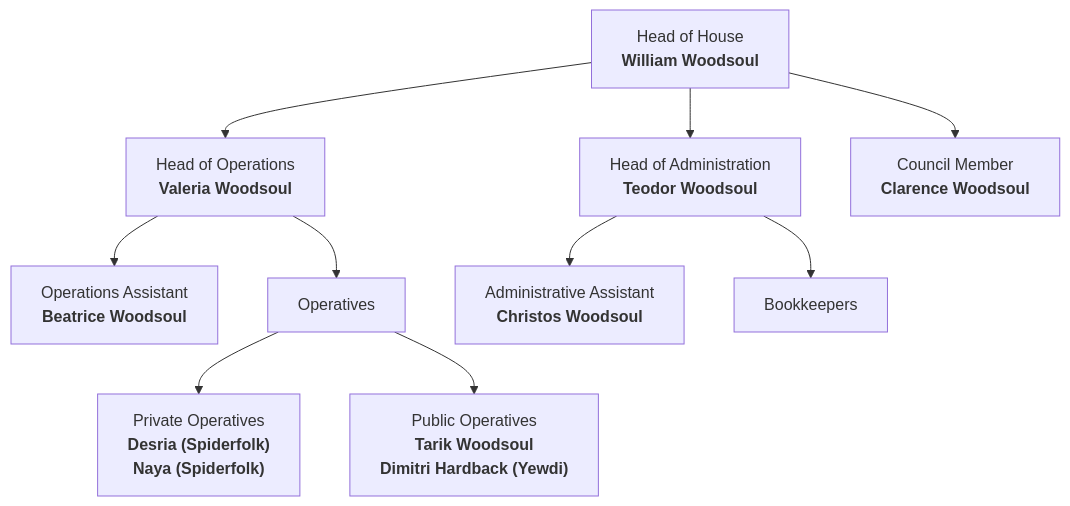
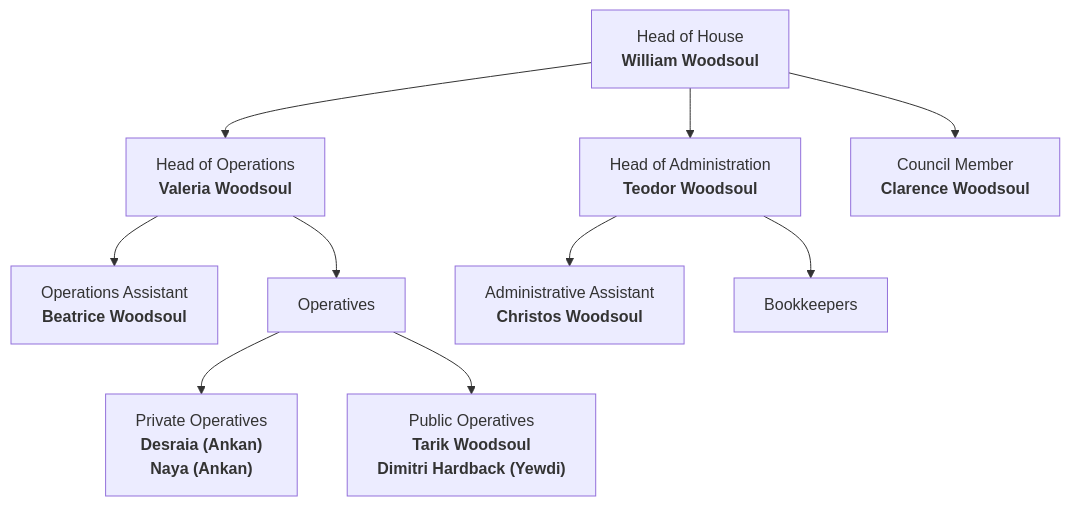
The diagram in content/L'vad/Attovia/Countries/Kingdom of Helva/Government/The House of Affairs.md (micoxion/AttoviaWiki), drawn with Mermaid before and after one commit. The commit also changed other lines of this file and 92 other files, not shown here.

````diff
--- a/content/L'vad/Attovia/Countries/Kingdom of Helva/Government/The House of Affairs.md
+++ b/content/L'vad/Attovia/Countries/Kingdom of Helva/Government/The House of Affairs.md
@@ -8,12 +9,12 @@
 ```mermaid
 graph TD;
-	A[Head of House\n<b>William Woodsoul</b>]-->B[Head of Operations\n<b>Valeria Woodsoul</b>]
-	A-->C[Head of Administration\n<b>Teodor Woodsoul</b>]
-	A-->D["Council Member\n<b>Clarence Woodsoul</b>"]
-	B-->E["Operations Assistant\n<b>Beatrice Woodsoul</b>"]
+	A[Head of House<br><b>William Woodsoul</b>]-->B[Head of Operations<br><b>Valeria Woodsoul</b>]
+	A-->C[Head of Administration<br><b>Teodor Woodsoul</b>]
+	A-->D["Council Member<br><b>Clarence Woodsoul</b>"]
+	B-->E["Operations Assistant<br><b>Beatrice Woodsoul</b>"]
 	B-->F[Operatives]
-	F-->G["Private Operatives\n<b>Desria (Spiderfolk)</b>\n<b>Naya (Spiderfolk)"]
-	F-->H["Public Operatives\n<b>Tarik Woodsoul</b>\n<b>Dimitri Hardback (Yewdi)</b>"]
-	C-->I[Administrative Assistant\n<b>Christos Woodsoul]
+	F-->G["Private Operatives<br><b>Desraia (Ankan)</b><br><b>Naya (Ankan)"]
+	F-->H["Public Operatives<br><b>Tarik Woodsoul</b><br><b>Dimitri Hardback (Yewdi)</b>"]
+	C-->I[Administrative Assistant<br><b>Christos Woodsoul]
 	C-->J[Bookkeepers]
 ```
````
